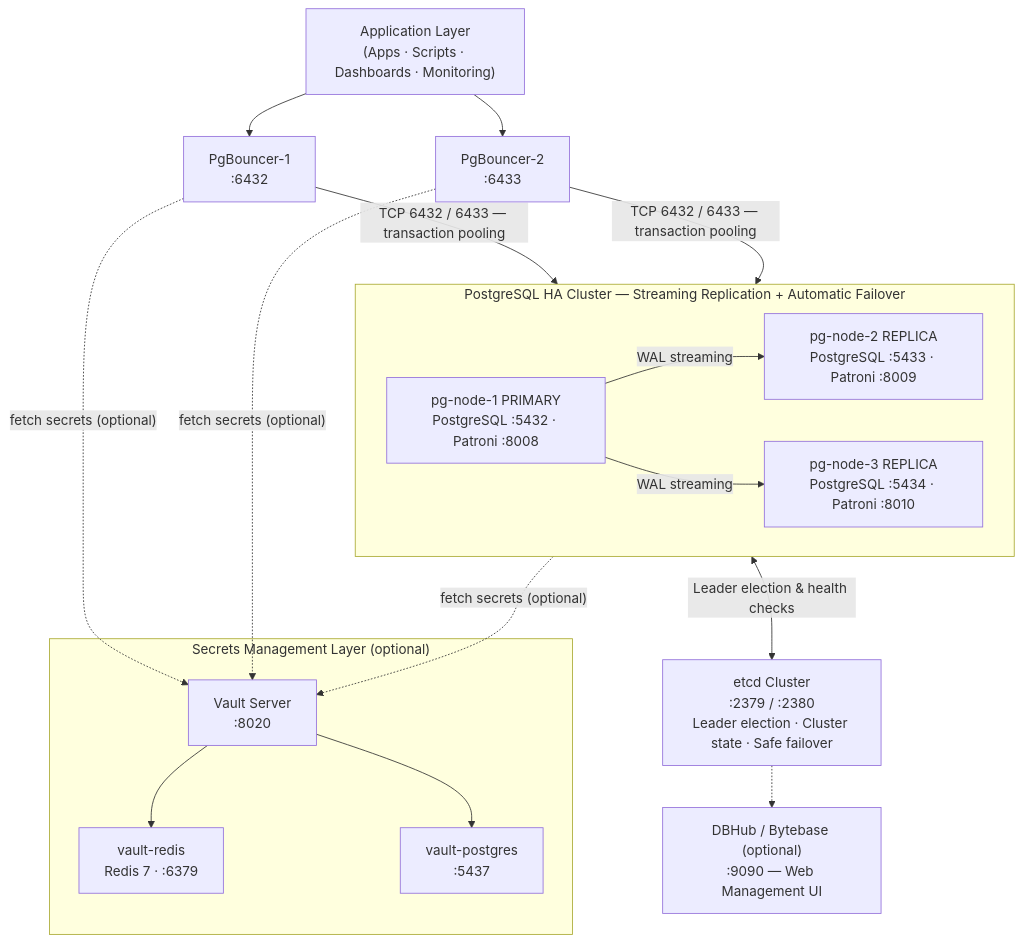
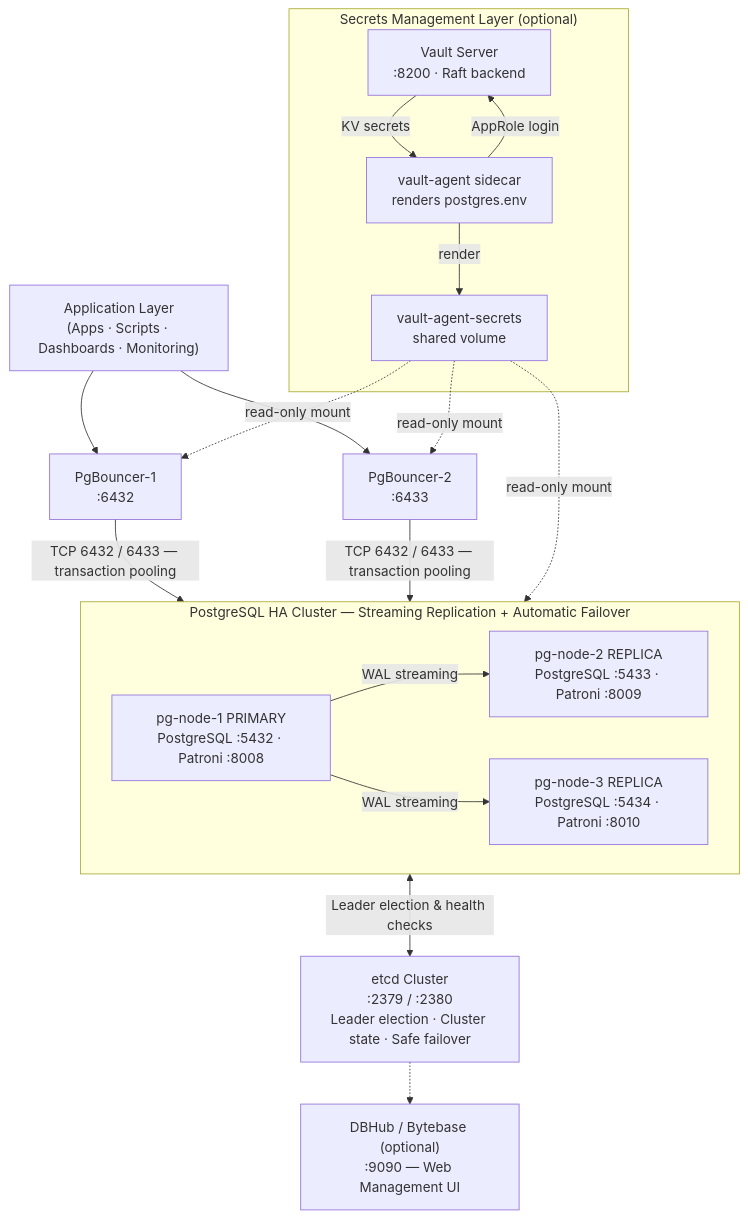
Before and after one commit to venkatajangala/terraform-docker-container-postgres: the first of 14 diagrams in docs/architecture/ARCHITECTURE.md, drawn with Mermaid. The commit also changed 32 other files, not shown here.

````diff
--- a/docs/architecture/ARCHITECTURE.md
+++ b/docs/architecture/ARCHITECTURE.md
@@ -7,30 +7,32 @@
 ```mermaid
 graph TD
     APP["Application Layer<br/>(Apps · Scripts · Dashboards · Monitoring)"]
     PGB1["PgBouncer-1<br/>:6432"]
     PGB2["PgBouncer-2<br/>:6433"]
 
     subgraph PGHA["PostgreSQL HA Cluster — Streaming Replication + Automatic Failover"]
         PG1["pg-node-1 PRIMARY<br/>PostgreSQL :5432 · Patroni :8008"]
         PG2["pg-node-2 REPLICA<br/>PostgreSQL :5433 · Patroni :8009"]
         PG3["pg-node-3 REPLICA<br/>PostgreSQL :5434 · Patroni :8010"]
     end
 
     ETCD["etcd Cluster<br/>:2379 / :2380<br/>Leader election · Cluster state · Safe failover"]
     DBHUB["DBHub / Bytebase (optional)<br/>:9090 — Web Management UI"]
 
     subgraph SECRETS["Secrets Management Layer (optional)"]
-        INF["Vault Server<br/>:8020"]
-        REDIS["vault-redis<br/>Redis 7 · :6379"]
-        INFPG["vault-postgres<br/>:5437"]
+        VAULT["Vault Server<br/>:8200 · Raft backend"]
+        AGENT["vault-agent sidecar<br/>renders postgres.env"]
+        SVOL["vault-agent-secrets<br/>shared volume"]
     end
 
     APP --> PGB1 & PGB2
     PGB1 & PGB2 -->|"TCP 6432 / 6433 — transaction pooling"| PGHA
     PG1 -->|"WAL streaming"| PG2 & PG3
     PGHA <-->|"Leader election & health checks"| ETCD
     ETCD -.-> DBHUB
-    INF --> REDIS & INFPG
-    PGHA -. "fetch secrets (optional)" .-> INF
-    PGB1 & PGB2 -. "fetch secrets (optional)" .-> INF
+    AGENT -->|"AppRole login"| VAULT
+    VAULT -->|"KV secrets"| AGENT
+    AGENT -->|"render"| SVOL
+    SVOL -. "read-only mount" .-> PGHA
+    SVOL -. "read-only mount" .-> PGB1 & PGB2
 ```
````
